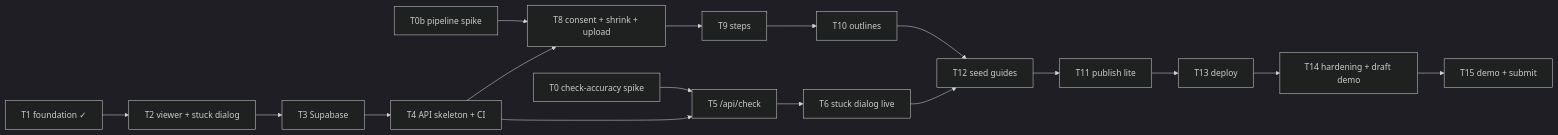
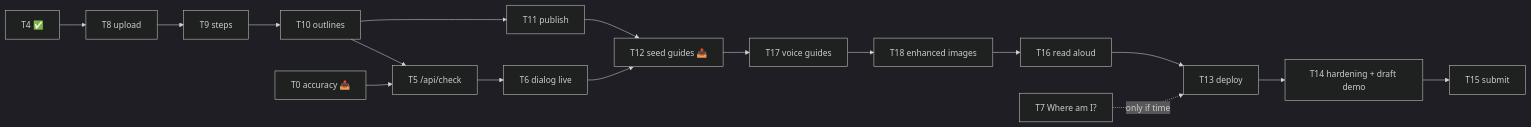
The diagram in apps/showhow/docs/TASKS.md (muhammadtalhaishtiaq/goodfix), drawn with Mermaid (dark theme) before and after one commit. The commit also changed other lines of this file and 7 other files, not shown here.

First line of the commit message:
Rewrite ARCHITECTURE end to end; refresh TASKS status/order; align PRD, CLAUDE.md, env example

````diff
--- a/apps/showhow/docs/TASKS.md
+++ b/apps/showhow/docs/TASKS.md
@@ -17,11 +27,11 @@
 ```mermaid
 flowchart LR
-  T0[T0 check-accuracy spike] --> T5[T5 /api/check]
-  T0b[T0b pipeline spike] --> T8
-  T1[T1 foundation ✓] --> T2[T2 viewer + stuck dialog]
-  T2 --> T3[T3 Supabase] --> T4[T4 API skeleton + CI]
-  T4 --> T8[T8 consent + shrink + upload] --> T9[T9 steps] --> T10[T10 outlines]
-  T4 --> T5 --> T6[T6 stuck dialog live]
-  T10 --> T12[T12 seed guides]
-  T6 --> T12 --> T11[T11 publish lite] --> T13[T13 deploy] --> T14[T14 hardening + draft demo] --> T15[T15 demo + submit]
+  T4[T4 ✅] --> T8[T8 upload] --> T9[T9 steps] --> T10[T10 outlines] --> T11[T11 publish]
+  T0[T0 accuracy 📥] --> T5[T5 /api/check] --> T6[T6 dialog live]
+  T10 --> T5
+  T11 --> T12[T12 seed guides 📥]
+  T6 --> T12
+  T12 --> T17[T17 voice guides] --> T18[T18 enhanced images] --> T16[T16 read aloud]
+  T16 --> T13[T13 deploy] --> T14[T14 hardening + draft demo] --> T15[T15 submit]
+  T7[T7 Where am I?] -.->|only if time| T13
 ```
````
